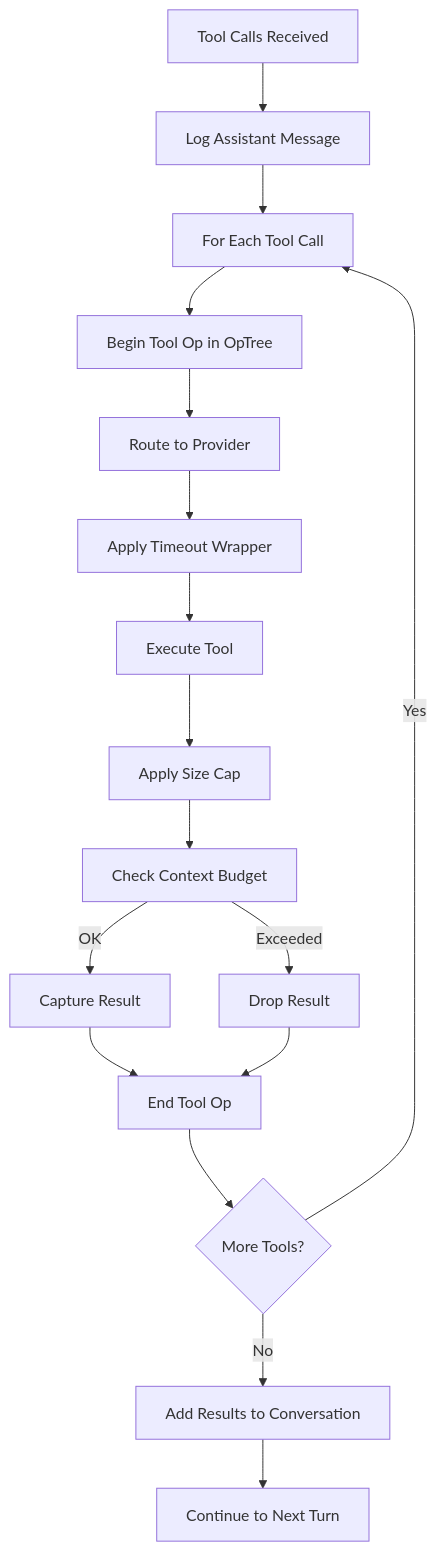
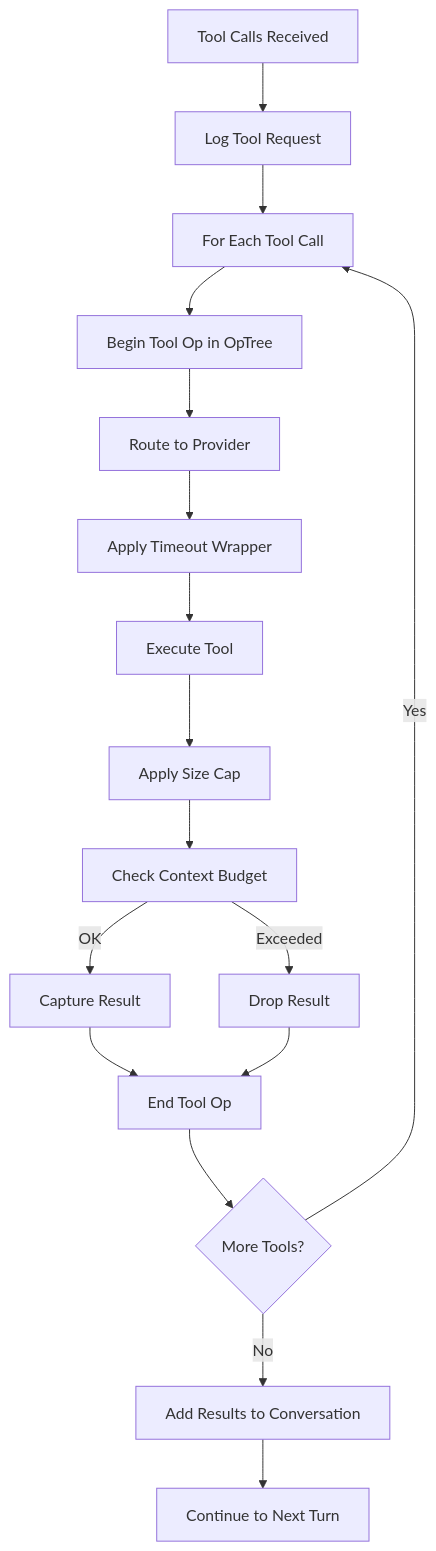
The fourth of 4 diagrams in docs/Technical-Specs-Session-Lifecycle.md (netdata/netdata), drawn with Mermaid before and after one commit. The commit also changed other lines of this file and 64 other files, not shown here.

````diff
--- a/docs/Technical-Specs-Session-Lifecycle.md
+++ b/docs/Technical-Specs-Session-Lifecycle.md
@@ -316,23 +316,23 @@
 ```mermaid
 flowchart TD
-    Start[Tool Calls Received] --> Log[Log Assistant Message]
+    Start[Tool Calls Received] --> Log[Log Tool Request]
     Log --> Loop[For Each Tool Call]
 
     Loop --> Begin[Begin Tool Op in OpTree]
     Begin --> Route[Route to Provider]
     Route --> Timeout[Apply Timeout Wrapper]
     Timeout --> Execute[Execute Tool]
     Execute --> Size[Apply Size Cap]
     Size --> Budget[Check Context Budget]
 
     Budget -->|OK| Capture[Capture Result]
     Budget -->|Exceeded| Drop[Drop Result]
 
     Capture --> End[End Tool Op]
     Drop --> End
     End --> More{More Tools?}
 
     More -->|Yes| Loop
     More -->|No| Add[Add Results to Conversation]
     Add --> Continue[Continue to Next Turn]
 ```
````
